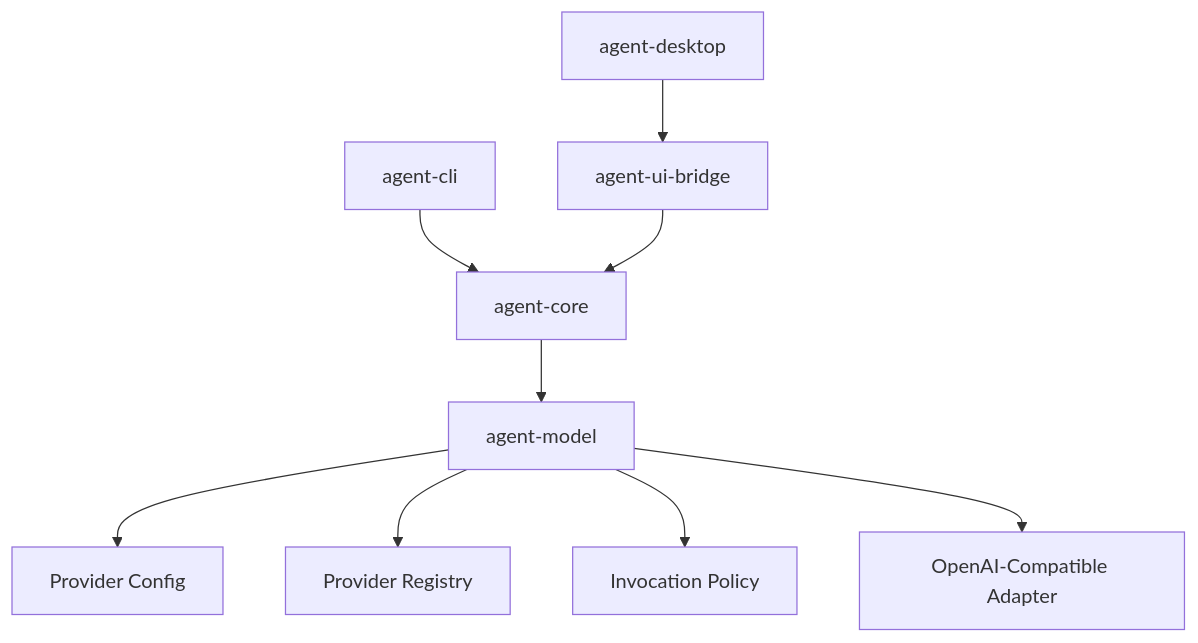
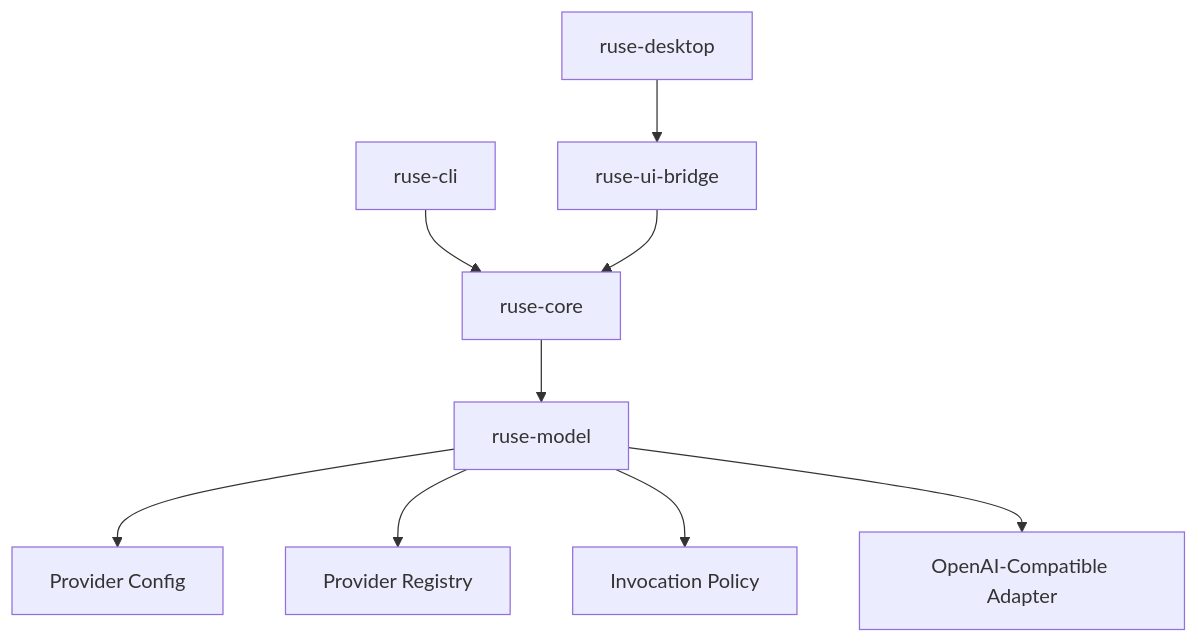
The diagram in docs/specs/M13-real-model-providers-config.spec.md (poneding/agent), drawn with Mermaid before and after one commit. The commit also changed other lines of this file and 2091 other files, not shown here.

First line of the commit message:
refactor: rename agent branding to ruse

````diff
--- a/docs/specs/M13-real-model-providers-config.spec.md
+++ b/docs/specs/M13-real-model-providers-config.spec.md
@@ -43,11 +43,11 @@
 ```mermaid
 flowchart TD
-  cli["agent-cli"] --> core["agent-core"]
-  desktop["agent-desktop"] --> bridge["agent-ui-bridge"]
+  cli["ruse-cli"] --> core["ruse-core"]
+  desktop["ruse-desktop"] --> bridge["ruse-ui-bridge"]
   bridge --> core
-  core --> model["agent-model"]
+  core --> model["ruse-model"]
   model --> config["Provider Config"]
   model --> registry["Provider Registry"]
   model --> policy["Invocation Policy"]
   model --> adapter["OpenAI-Compatible Adapter"]
 ```
````
